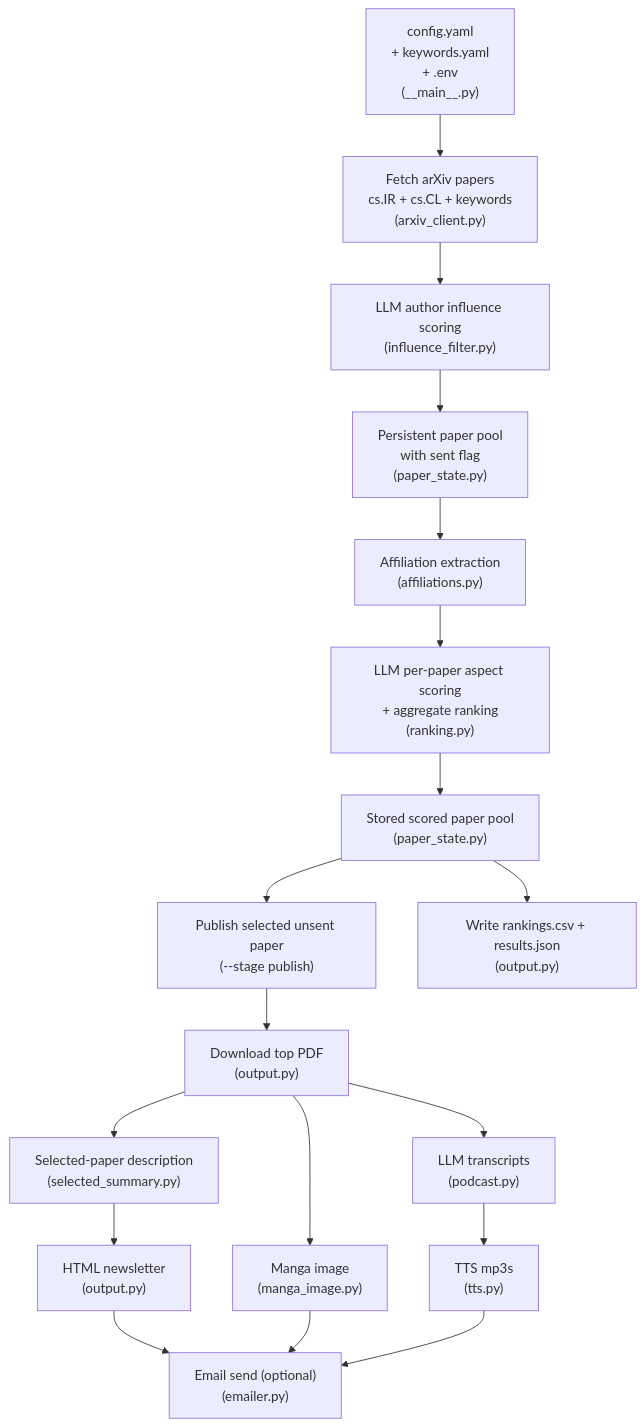
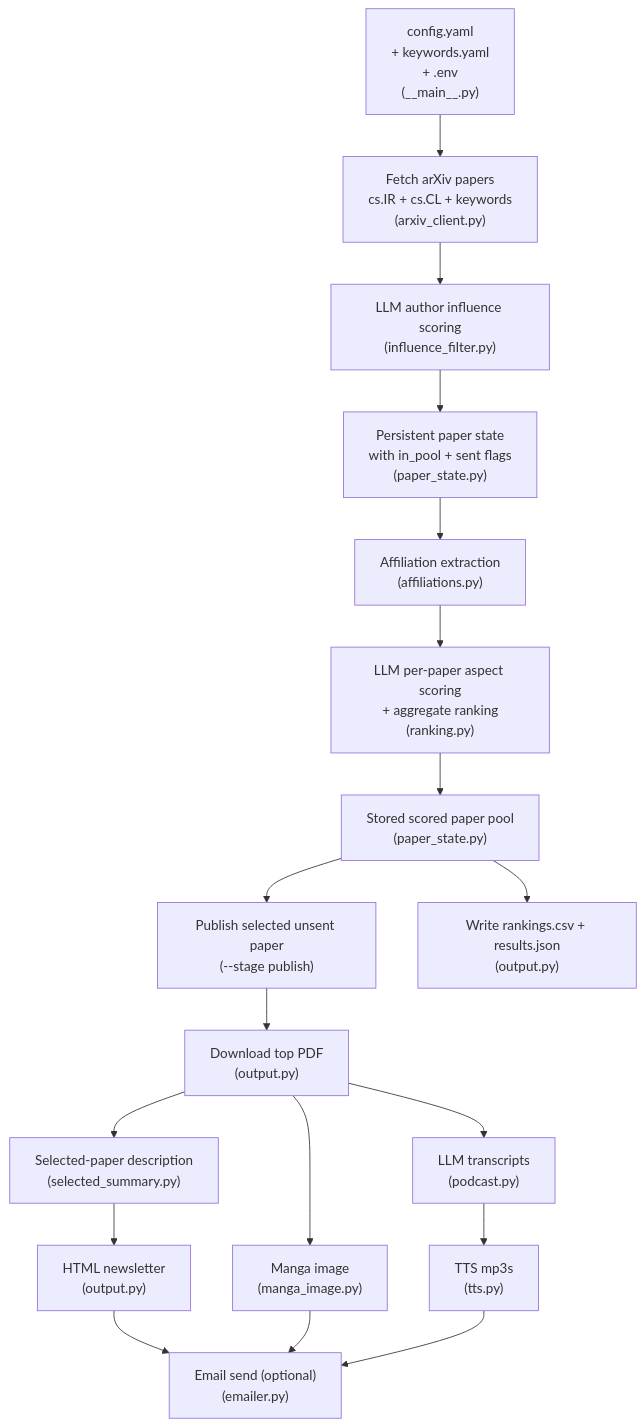
One commit to hideaki-j/arxiv-daily-podcast changed the diagram in README.md. Above: the diagram before and after it, drawn with Mermaid. The commit also changed other lines of this file and 5 other files, not shown here.

Commit message:
Gate paper pool by author influence

````diff
--- a/README.md
+++ b/README.md
@@ -81,20 +81,20 @@
 ```mermaid
 flowchart TD
   A["config.yaml<br>+ keywords.yaml<br>+ .env<br/>(__main__.py)"] --> B["Fetch arXiv papers<br/>cs.IR + cs.CL + keywords<br/>(arxiv_client.py)"]
   B --> C["LLM author influence scoring<br/>(influence_filter.py)"]
-  C --> D["Persistent paper pool<br/>with sent flag<br/>(paper_state.py)"]
+  C --> D["Persistent paper state<br/>with in_pool + sent flags<br/>(paper_state.py)"]
   D --> A1["Affiliation extraction<br/>(affiliations.py)"]
   A1 --> E["LLM per-paper aspect scoring<br/>+ aggregate ranking<br/>(ranking.py)"]
   E --> S1["Stored scored paper pool<br/>(paper_state.py)"]
   S1 --> P["Publish selected unsent paper<br/>(--stage publish)"]
   S1 --> F["Write rankings.csv + results.json<br/>(output.py)"]
   P --> G["Download top PDF<br/>(output.py)"]
   G --> L["Selected-paper description<br/>(selected_summary.py)"]
   G --> M["Manga image<br/>(manga_image.py)"]
   G --> H["LLM transcripts<br/>(podcast.py)"]
   H --> I["TTS mp3s<br/>(tts.py)"]
   L --> J["HTML newsletter<br/>(output.py)"]
   J --> K["Email send (optional)<br/>(emailer.py)"]
   M --> K
   I --> K
 ```
````
